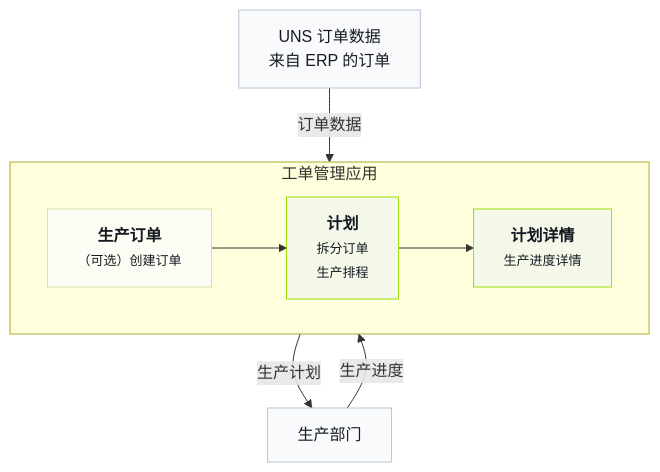
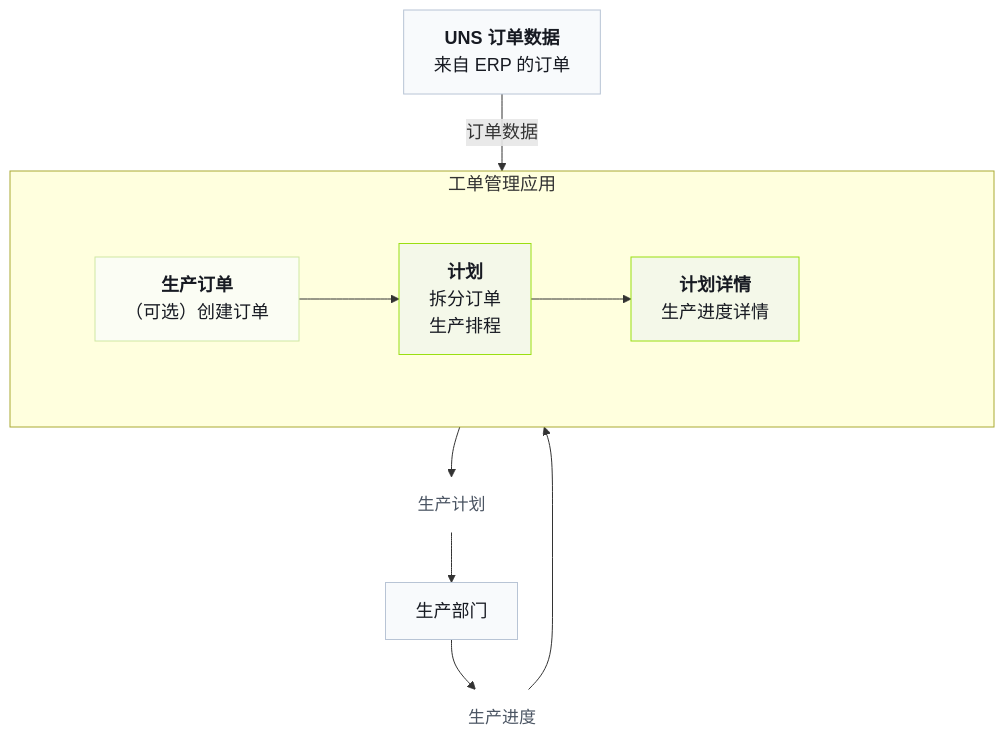
The diagram in src/content/docs/zh-cn/get-started/demo-factory.mdx (FREEZONEX/Tier0-docs-site), drawn with Mermaid before and after one commit. The commit also changed other lines of this file and 93 other files, not shown here.

````diff
--- a/src/content/docs/zh-cn/get-started/demo-factory.mdx
+++ b/src/content/docs/zh-cn/get-started/demo-factory.mdx
@@ -16,25 +20,37 @@
 ```mermaid
+%%{init: {"themeVariables": {"fontSize": "18px"}, "themeCSS": ".nodeLabel, .edgeLabel, .cluster-label { font-size: 18px !important; } .nodeLabel b, .nodeLabel strong { font-size: 19px !important; }"}}%%
 flowchart TB
-  uns["UNS 订单数据<br/>来自 ERP 的订单"]
-  production["生产部门"]
+  uns["<span style='font-size:18px;font-weight:700'>UNS 订单数据</span><br/><span style='font-size:16px'>来自 ERP 的订单</span>"]
+  production["<span style='font-size:18px'>生产部门</span>"]
 
   subgraph app["工单管理应用"]
-    direction LR
-    orders["<b>生产订单</b><br/><span style='font-size:13px'>（可选）创建订单</span>"]
-    plans["<b>计划</b><br/><span style='font-size:13px'>拆分订单<br/>生产排程</span>"]
-    details["<b>计划详情</b><br/><span style='font-size:13px'>生产进度详情</span>"]
+    direction TB
+    appSpacer[" "]
+    subgraph appPages[" "]
+      direction LR
+      orders["<span style='font-size:18px;font-weight:700'>生产订单</span><br/><span style='font-size:16px'>（可选）创建订单</span>"]
+      plans["<span style='font-size:18px;font-weight:700'>计划</span><br/><span style='font-size:16px'>拆分订单<br/>生产排程</span>"]
+      details["<span style='font-size:18px;font-weight:700'>计划详情</span><br/><span style='font-size:16px;white-space:nowrap'>生产进度详情</span>"]
+    end
   end
 
   uns -- "订单数据" --> orders
   orders --> plans
   plans --> details
-  plans -- "生产计划" --> production
-  production -- "生产进度" --> details
+  plans --> planLabel["生产计划"]
+  planLabel --> production
+  production --> progressLabel["生产进度"]
+  progressLabel --> details
 
-  classDef external fill:#f8fafc,stroke:#b8c4d5,color:#171a22,stroke-width:1px
-  classDef optional fill:#fbfdf4,stroke:#cfe8a3,color:#171a22,stroke-width:1px
-  classDef appNode fill:#f4f8e9,stroke:#9adf11,color:#171a22,stroke-width:1px
+  classDef external fill:#f8fafc,stroke:#b8c4d5,color:#171a22,stroke-width:1px,font-size:18px
+  classDef optional fill:#fbfdf4,stroke:#cfe8a3,color:#171a22,stroke-width:1px,font-size:18px
+  classDef appNode fill:#f4f8e9,stroke:#9adf11,color:#171a22,stroke-width:1px,font-size:18px
+  classDef labelNode fill:transparent,stroke:transparent,color:#4b5563,font-size:17px
+  classDef invisible fill:transparent,stroke:transparent,color:transparent
   class uns,production external
   class orders optional
   class plans,details appNode
+  class planLabel,progressLabel labelNode
+  class appSpacer invisible
+  style appPages fill:transparent,stroke:transparent
 ```
````
